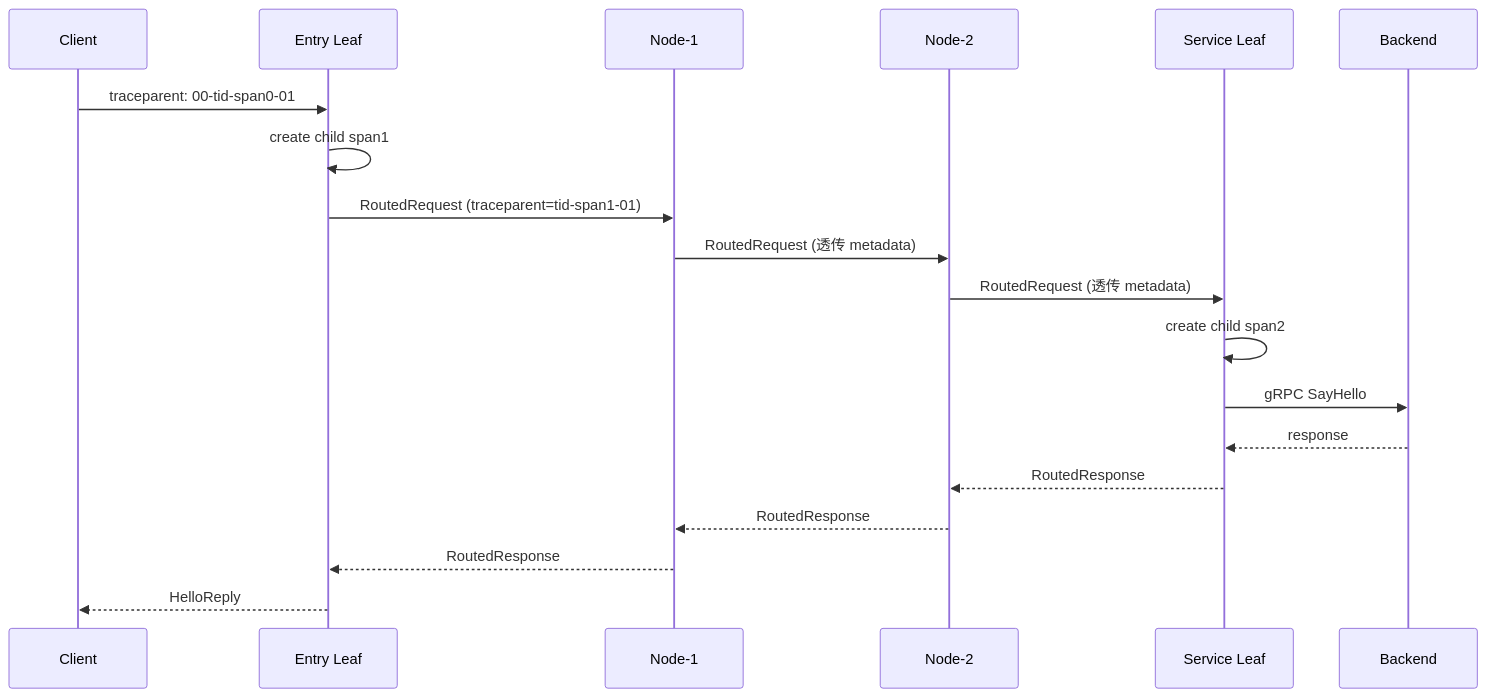
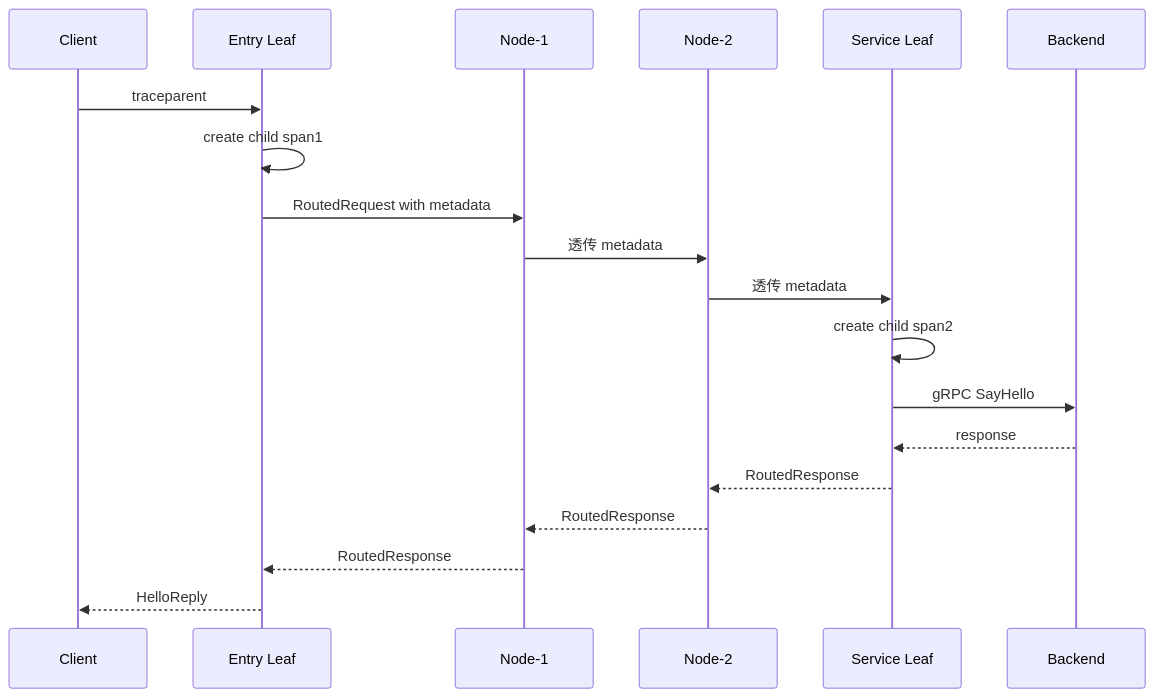
Before and after one commit to arrayforward/creek: the ninth of 9 diagrams in docs/architecture.md, drawn with Mermaid. The commit also changed other lines of this file and 2 other files, not shown here.

First line of the commit message:
fix: remove mermaid br tags causing GitHub render failure

````diff
--- a/docs/architecture.md
+++ b/docs/architecture.md
@@ -469,22 +410,22 @@
 ```mermaid
 sequenceDiagram
     participant C as Client
     participant EL as Entry Leaf
     participant N1 as Node-1
     participant N2 as Node-2
     participant SL as Service Leaf
     participant B as Backend
 
-    C->>EL: traceparent: 00-tid-span0-01
+    C->>EL: traceparent
     EL->>EL: create child span1
-    EL->>N1: RoutedRequest (traceparent=tid-span1-01)
-    N1->>N2: RoutedRequest (透传 metadata)
-    N2->>SL: RoutedRequest (透传 metadata)
+    EL->>N1: RoutedRequest with metadata
+    N1->>N2: 透传 metadata
+    N2->>SL: 透传 metadata
     SL->>SL: create child span2
     SL->>B: gRPC SayHello
     B-->>SL: response
     SL-->>N2: RoutedResponse
     N2-->>N1: RoutedResponse
     N1-->>EL: RoutedResponse
     EL-->>C: HelloReply
 ```
````
